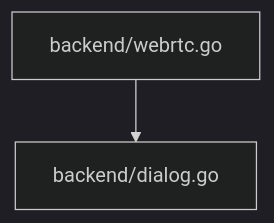
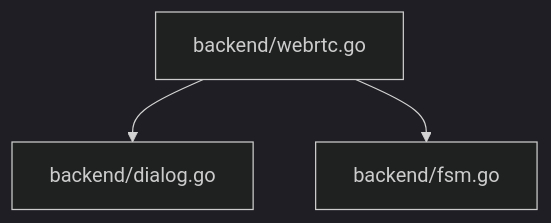
One commit to DovahkiinYuzuko/Sode-no-Shita changed the diagram in docs/variables'n'functions/[Go]webrtc.md. Above: the diagram before and after it, drawn with Mermaid (dark theme). The commit also changed other lines of this file and 7 other files, not shown here.

````diff
--- a/docs/variables'n'functions/[Go]webrtc.md
+++ b/docs/variables'n'functions/[Go]webrtc.md
@@ -18,4 +19,5 @@
 ```mermaid
 graph TD
     webrtc.go["backend/webrtc.go"] --> dialog.go["backend/dialog.go"]
+    webrtc.go["backend/webrtc.go"] --> fsm.go["backend/fsm.go"]
 ```
````
